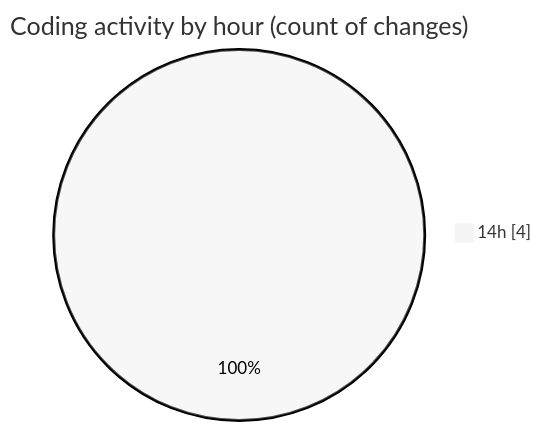
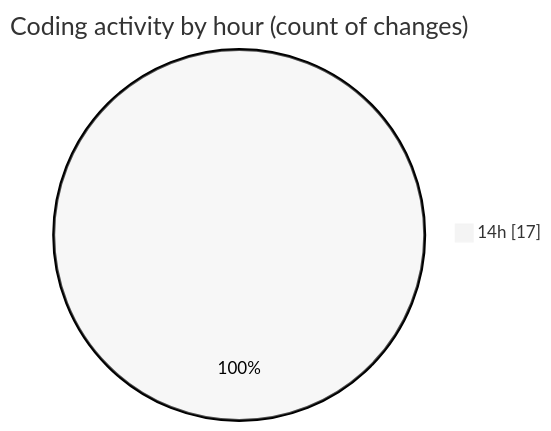
The second of 2 diagrams in 2025-06-05/ecodeli-1/README.md (CELIANVF/code-tracking), drawn with Mermaid (neutral theme) before and after one commit. The commit also changed other lines of this file and 1 other file, not shown here.

````diff
--- a/2025-06-05/ecodeli-1/README.md
+++ b/2025-06-05/ecodeli-1/README.md
@@ -30,5 +37,5 @@
 ```mermaid
 pie showData
 title Coding activity by hour (count of changes)
-"14h" : 4
+"14h" : 17
 ```
````
